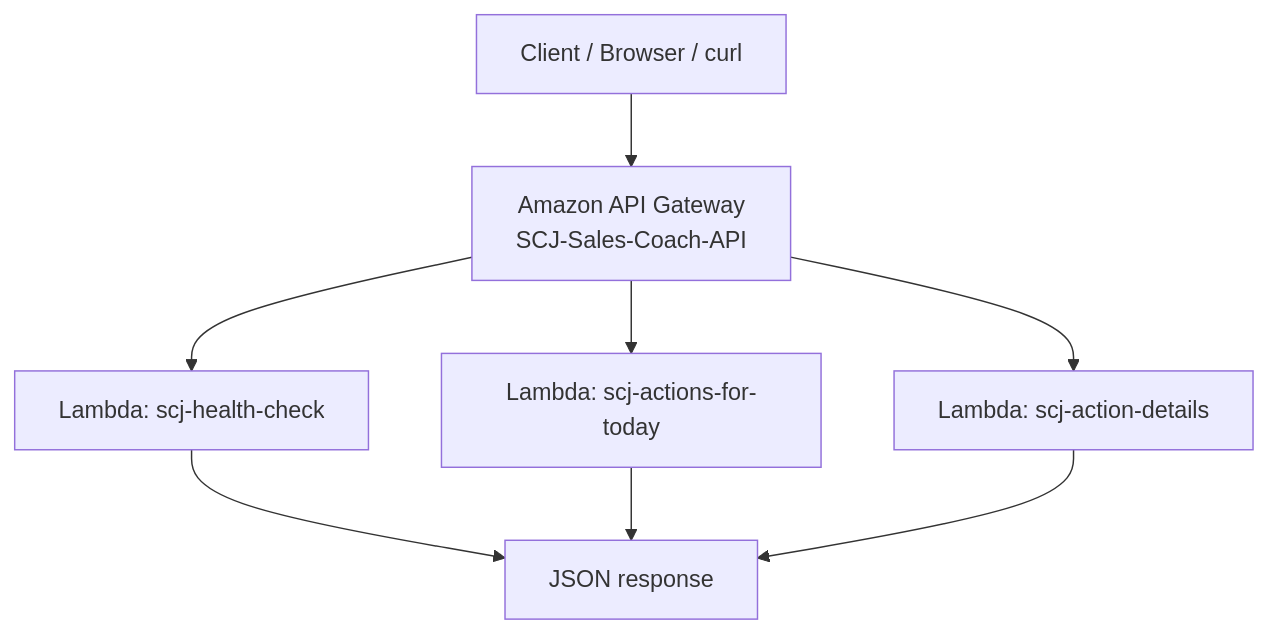
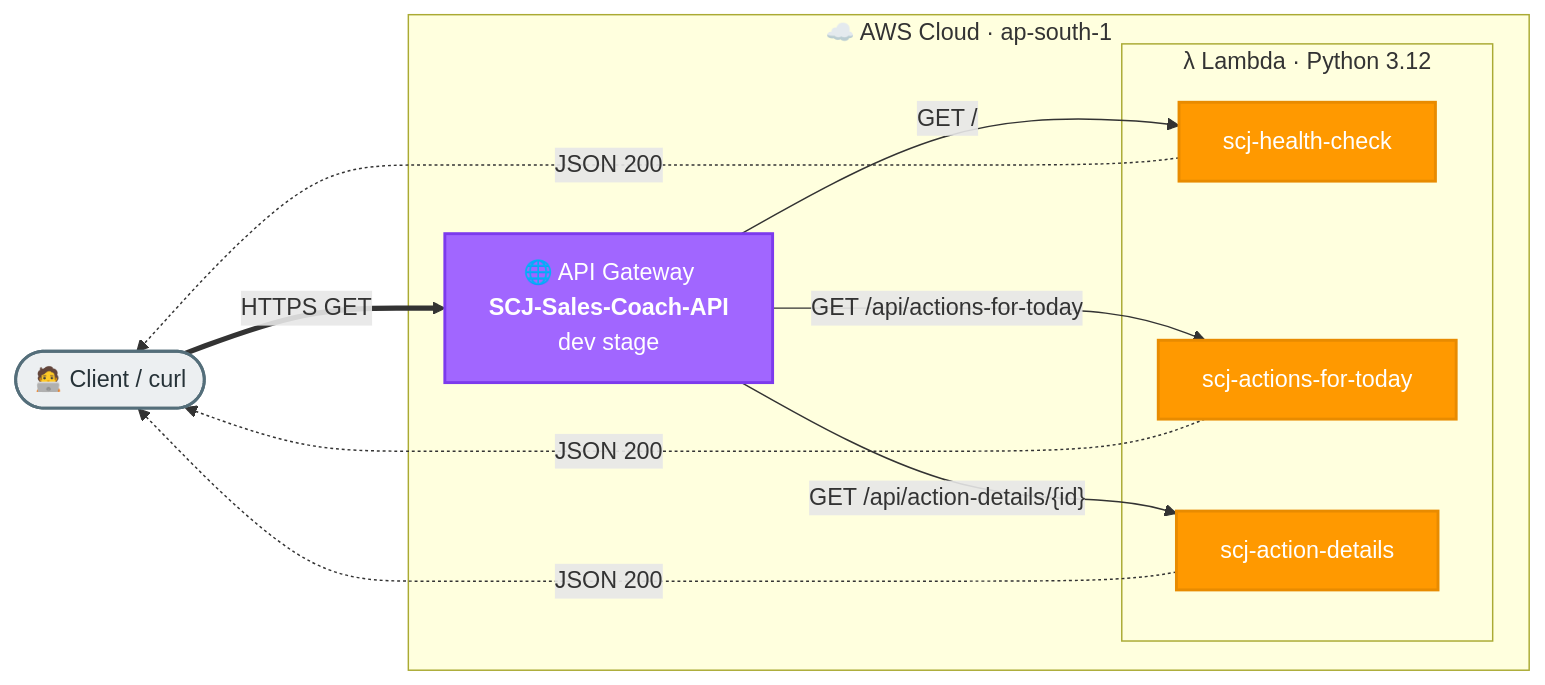
The diagram in week1/task1-api-gateway-lambda/README.md (abhi-achar/aws-hands-on-training), drawn with Mermaid before and after one commit. The commit also changed 9 other files, not shown here.

Commit message:
docs: enhance architecture diagrams with AWS color-coding and detail

````diff
--- a/week1/task1-api-gateway-lambda/README.md
+++ b/week1/task1-api-gateway-lambda/README.md
@@ -7,10 +7,23 @@
 ```mermaid
-flowchart TD
-    Client["Client / Browser / curl"] --> APIGW["Amazon API Gateway<br/>SCJ-Sales-Coach-API"]
-    APIGW --> L1["Lambda: scj-health-check"]
-    APIGW --> L2["Lambda: scj-actions-for-today"]
-    APIGW --> L3["Lambda: scj-action-details"]
-    L1 --> Resp["JSON response"]
-    L2 --> Resp
-    L3 --> Resp
+flowchart LR
+    Client(["🧑‍💻 Client / curl"]):::client
+    subgraph AWS["☁️ AWS Cloud · ap-south-1"]
+        APIGW["🌐 API Gateway<br/><b>SCJ-Sales-Coach-API</b><br/>dev stage"]:::apigw
+        subgraph LG["λ Lambda · Python 3.12"]
+            L1["scj-health-check"]:::lambda
+            L2["scj-actions-for-today"]:::lambda
+            L3["scj-action-details"]:::lambda
+        end
+    end
+    Client ==>|"HTTPS GET"| APIGW
+    APIGW -->|"GET /"| L1
+    APIGW -->|"GET /api/actions-for-today"| L2
+    APIGW -->|"GET /api/action-details/{id}"| L3
+    L1 -.->|"JSON 200"| Client
+    L2 -.->|"JSON 200"| Client
+    L3 -.->|"JSON 200"| Client
+
+    classDef client fill:#ECEFF1,stroke:#546E7A,stroke-width:2px,color:#263238
+    classDef apigw fill:#A166FF,stroke:#7C3AED,stroke-width:2px,color:#ffffff
+    classDef lambda fill:#FF9900,stroke:#E88B00,stroke-width:2px,color:#ffffff
 ```
````
